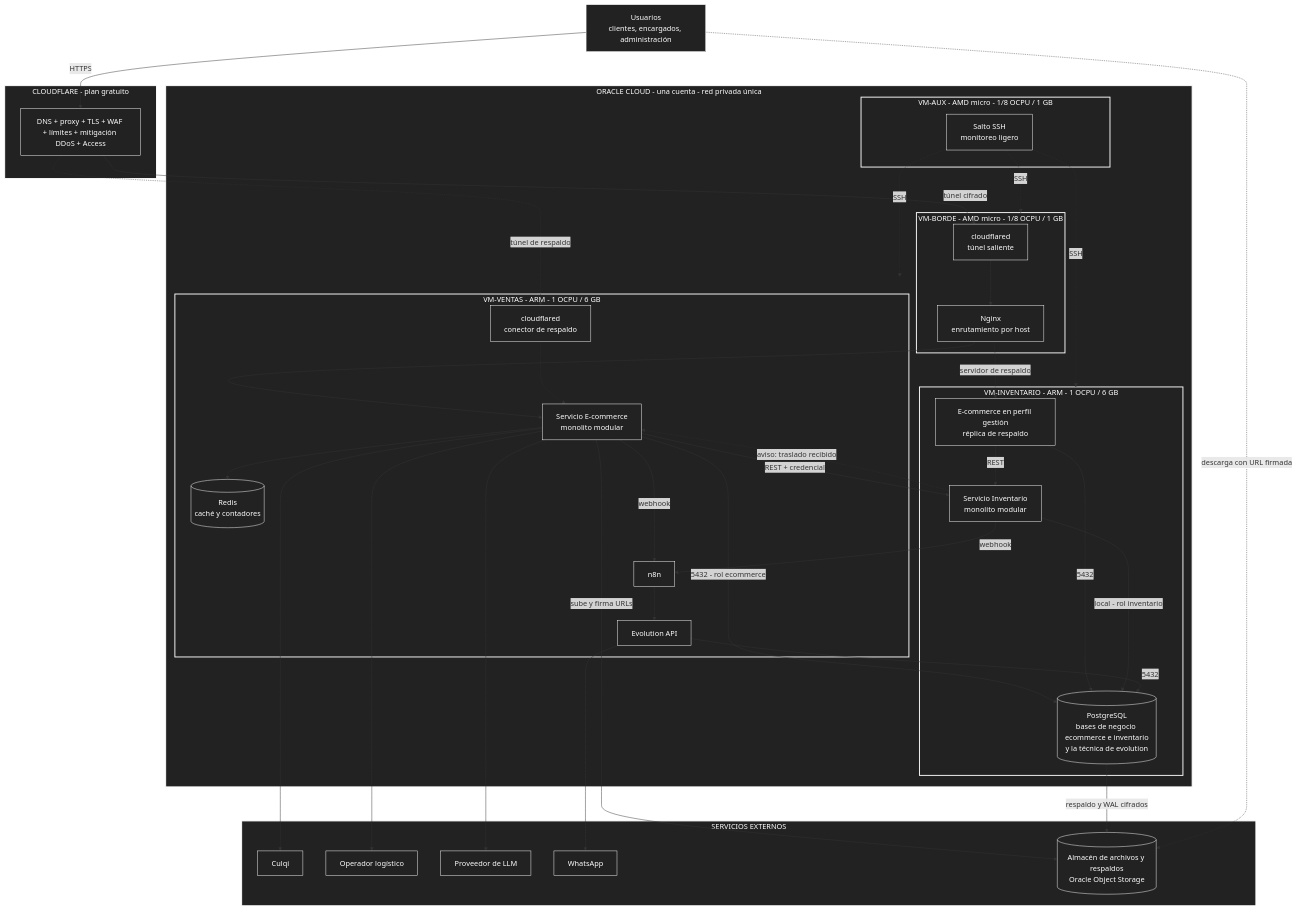
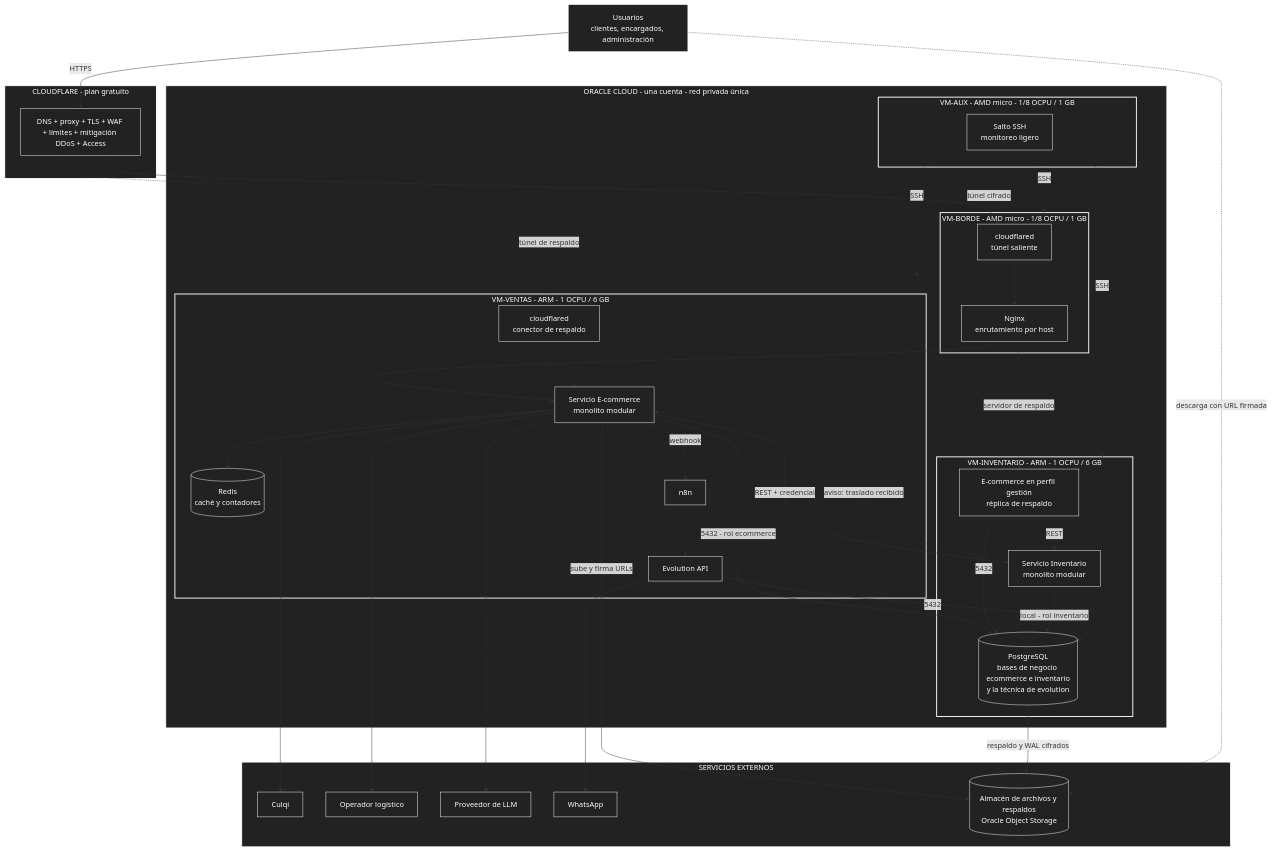
The diagram in docs/02-arquitectura-de-software/05-despliegue.md (P35C4D0R4B1050/BabelHub), drawn with Mermaid before and after one commit. The commit also changed other lines of this file and 6 other files, not shown here.

```diff
--- a/docs/02-arquitectura-de-software/05-despliegue.md
+++ b/docs/02-arquitectura-de-software/05-despliegue.md
@@ -89,7 +89,6 @@
 EVO -->|"5432"| PG
 ECO --> RED
 ECO -->|"webhook"| N8N
-INV -->|"webhook"| N8N
 N8N --> EVO
 EVO --> WA
 ECO -->|"sube y firma URLs"| ALM
```
